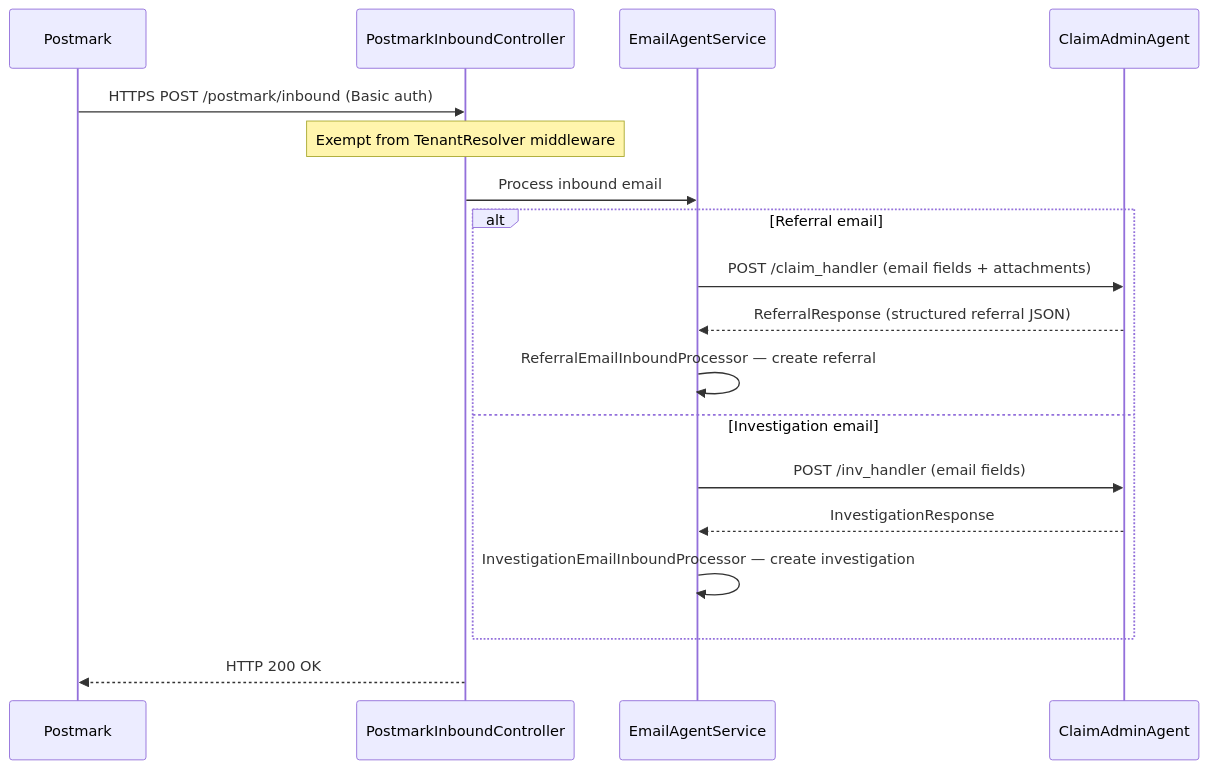
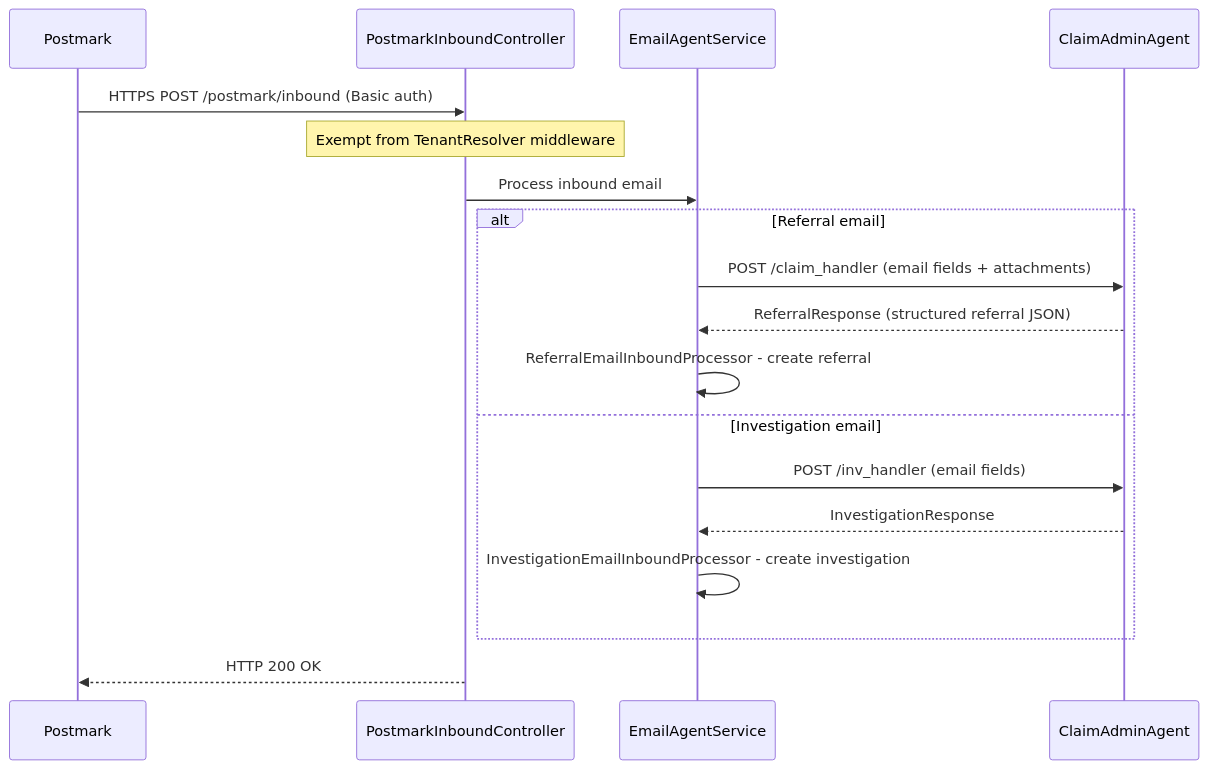
One commit to Anubhav-Singh13/Monk_Intelligence changed the sixth of 9 diagrams in ARCHITECTURE.md. Above: the diagram before and after it, drawn with Mermaid. The commit also changed other lines of this file and 1 other file, not shown here.

````diff
--- a/ARCHITECTURE.md
+++ b/ARCHITECTURE.md
@@ -226,21 +235,21 @@
 ```mermaid
 sequenceDiagram
     participant PM as Postmark
     participant IC as PostmarkInboundController
     participant EA as EmailAgentService
     participant CA as ClaimAdminAgent
 
     PM->>IC: HTTPS POST /postmark/inbound (Basic auth)
     Note over IC: Exempt from TenantResolver middleware
     IC->>EA: Process inbound email
     alt Referral email
         EA->>CA: POST /claim_handler (email fields + attachments)
         CA-->>EA: ReferralResponse (structured referral JSON)
-        EA->>EA: ReferralEmailInboundProcessor — create referral
+        EA->>EA: ReferralEmailInboundProcessor - create referral
     else Investigation email
         EA->>CA: POST /inv_handler (email fields)
         CA-->>EA: InvestigationResponse
-        EA->>EA: InvestigationEmailInboundProcessor — create investigation
+        EA->>EA: InvestigationEmailInboundProcessor - create investigation
     end
     IC-->>PM: HTTP 200 OK
 ```
````
